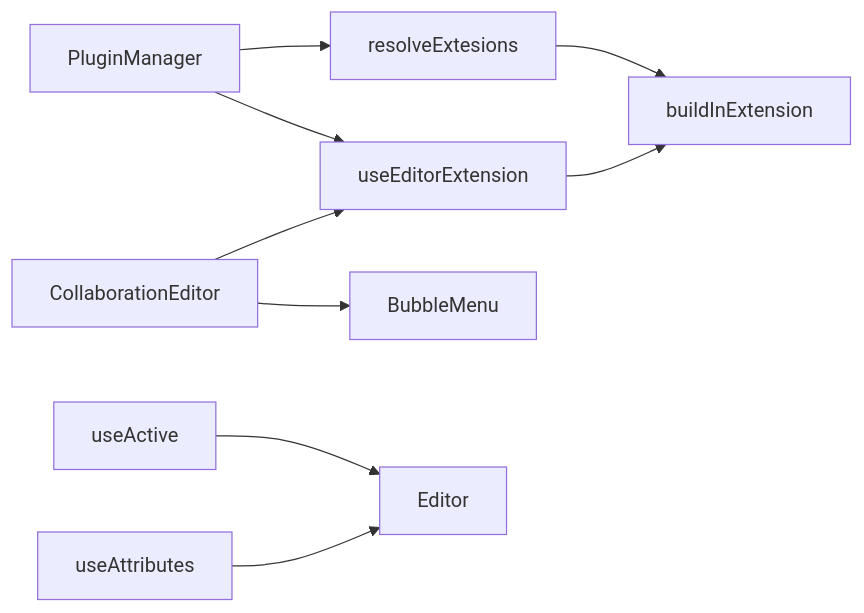
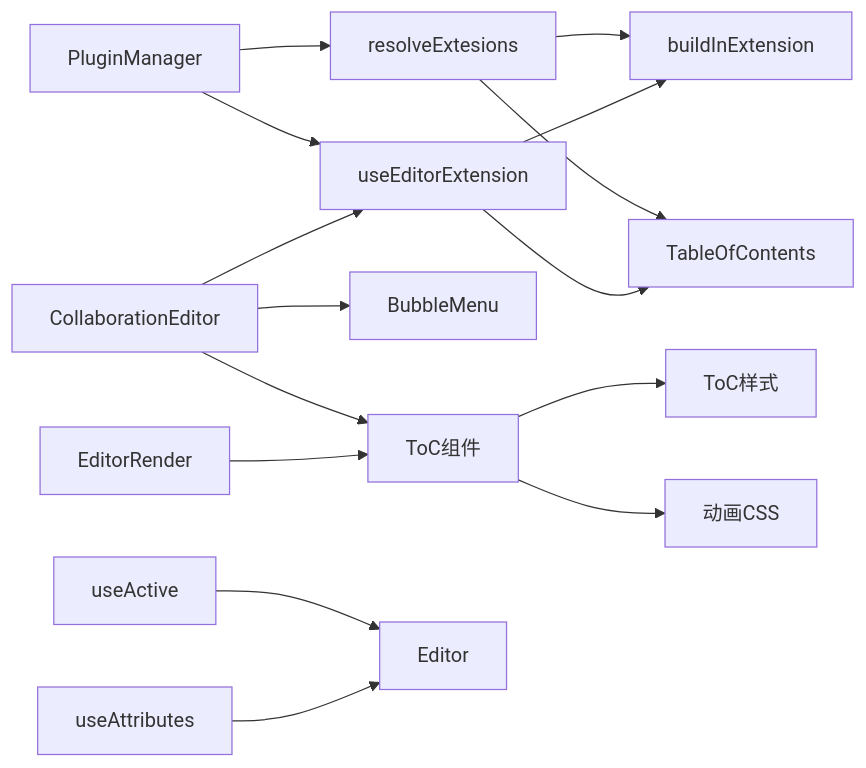
One commit to LRF0422/Kotion changed diagram 14 of 14 in .qoder/repowiki/zh/content/插件开发/编辑器扩展开发.md. Above: the diagram before and after it, drawn with Mermaid. The commit also changed other lines of this file and 75 other files, not shown here.

````diff
--- a/.qoder/repowiki/zh/content/插件开发/编辑器扩展开发.md
+++ b/.qoder/repowiki/zh/content/插件开发/编辑器扩展开发.md
@@ -352,11 +504,17 @@
 ```mermaid
 graph LR
 PM["PluginManager"] --> KIT["resolveExtesions"]
 PM --> USEEXT["useEditorExtension"]
 KIT --> BUILTIN["buildInExtension"]
+KIT --> TOCEXT["TableOfContents"]
 USEEXT --> BUILTIN
+USEEXT --> TOCEXT
 COLLAB["CollaborationEditor"] --> USEEXT
 COLLAB --> BUBBLE["BubbleMenu"]
+COLLAB --> TOCCOMP["ToC组件"]
+RENDER["EditorRender"] --> TOCCOMP
+TOCCOMP --> TOCSTYLE["ToC样式"]
+TOCCOMP --> TOCCSS["动画CSS"]
 UA["useActive"] --> EDITOR["Editor"]
 UATTR["useAttributes"] --> EDITOR
 ```
````
